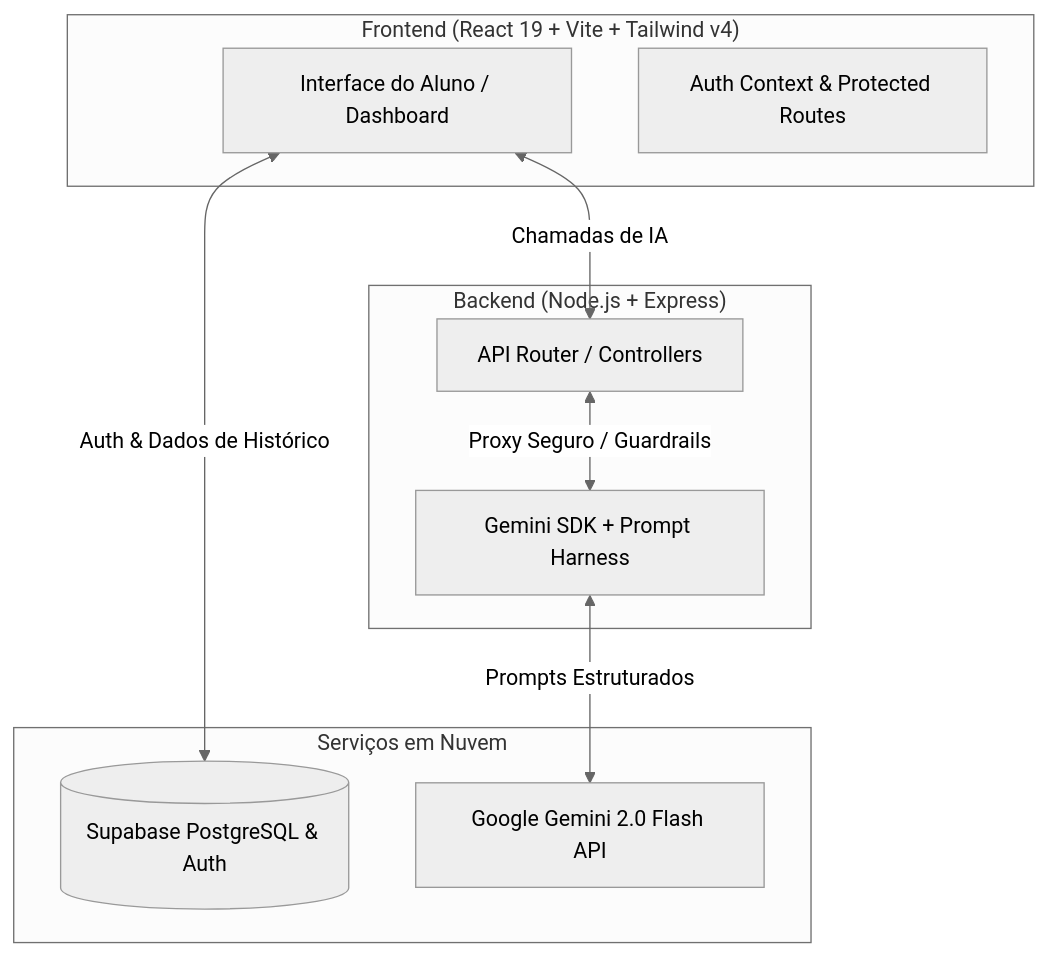
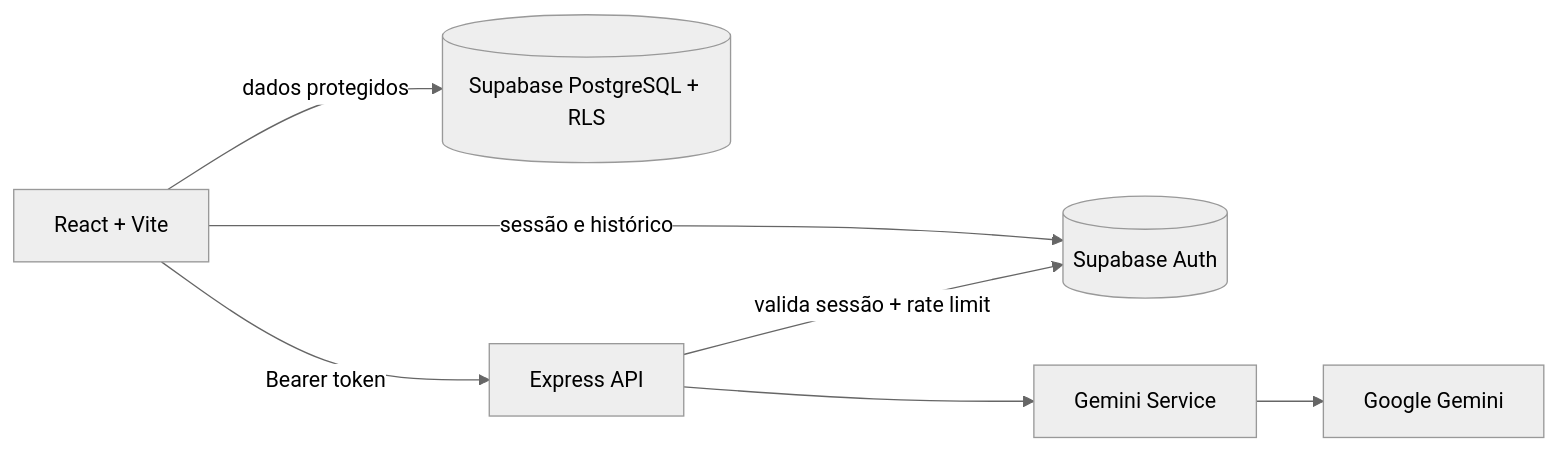
One commit to Leandro-dot7/leandro-furlanetto-enem-ai-challenge changed the diagram in README.md. Above: the diagram before and after it, drawn with Mermaid (neutral theme). The commit also changed other lines of this file and 37 other files, not shown here.

````diff
--- a/README.md
+++ b/README.md
@@ -47,22 +19,15 @@
 ```mermaid
-flowchart TD
-    subgraph Frontend["Frontend (React 19 + Vite + Tailwind v4)"]
-        UI[Interface do Aluno / Dashboard]
-        AuthC[Auth Context & Protected Routes]
-    end
+flowchart LR
+  Browser[React + Vite]
+  Auth[(Supabase Auth)]
+  Data[(Supabase PostgreSQL + RLS)]
+  API[Express API]
+  AI[Gemini Service]
 
-    subgraph Backend["Backend (Node.js + Express)"]
-        API[API Router / Controllers]
-        GeminiService[Gemini SDK + Prompt Harness]
-    end
-
-    subgraph External["Serviços em Nuvem"]
-        Supa[(Supabase PostgreSQL & Auth)]
-        Gemini[Google Gemini 2.0 Flash API]
-    end
-
-    UI <-->|Auth & Dados de Histórico| Supa
-    UI <-->|Chamadas de IA| API
-    API <-->|Proxy Seguro / Guardrails| GeminiService
-    GeminiService <-->|Prompts Estruturados| Gemini
+  Browser -->|sessão e histórico| Auth
+  Browser -->|dados protegidos| Data
+  Browser -->|Bearer token| API
+  API -->|valida sessão + rate limit| Auth
+  API --> AI
+  AI --> Gemini[Google Gemini]
 ```
````
